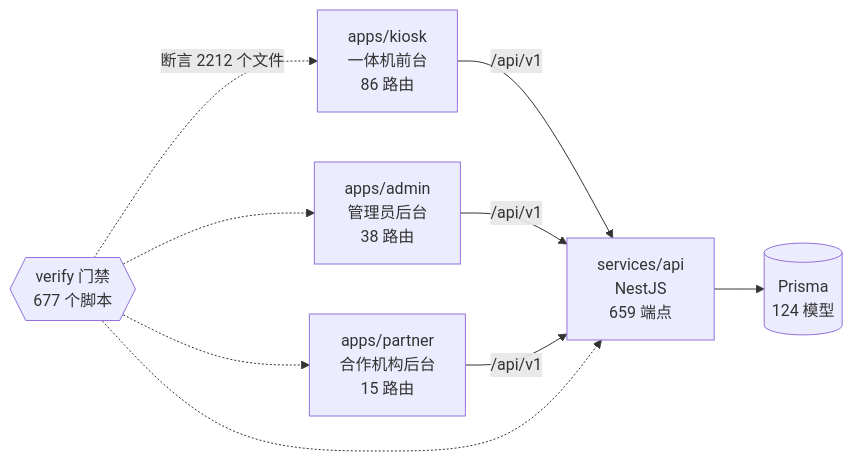
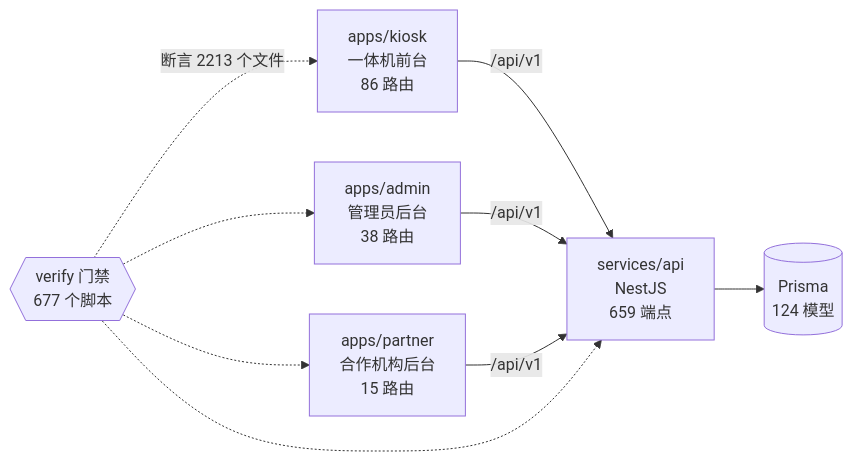
One commit to wanglei581/YITIJI changed the diagram in docs/graph/README.md. Above: the diagram before and after it, drawn with Mermaid. The commit also changed other lines of this file and 2 other files, not shown here.

Commit message:
chore(graph): 记入设备能力行组件的门禁引用

````diff
--- a/docs/graph/README.md
+++ b/docs/graph/README.md
@@ -68,18 +68,18 @@
 ```mermaid
 flowchart LR
   kiosk["apps/kiosk<br/>一体机前台<br/>86 路由"]
   admin["apps/admin<br/>管理员后台<br/>38 路由"]
   partner["apps/partner<br/>合作机构后台<br/>15 路由"]
   api["services/api<br/>NestJS<br/>659 端点"]
   db[("Prisma<br/>124 模型")]
   gates{{"verify 门禁<br/>677 个脚本"}}
 
   kiosk -->|"/api/v1"| api
   admin -->|"/api/v1"| api
   partner -->|"/api/v1"| api
   api --> db
-  gates -.->|"断言 2212 个文件"| kiosk
+  gates -.->|"断言 2213 个文件"| kiosk
   gates -.-> admin
   gates -.-> partner
   gates -.-> api
 ```
````
